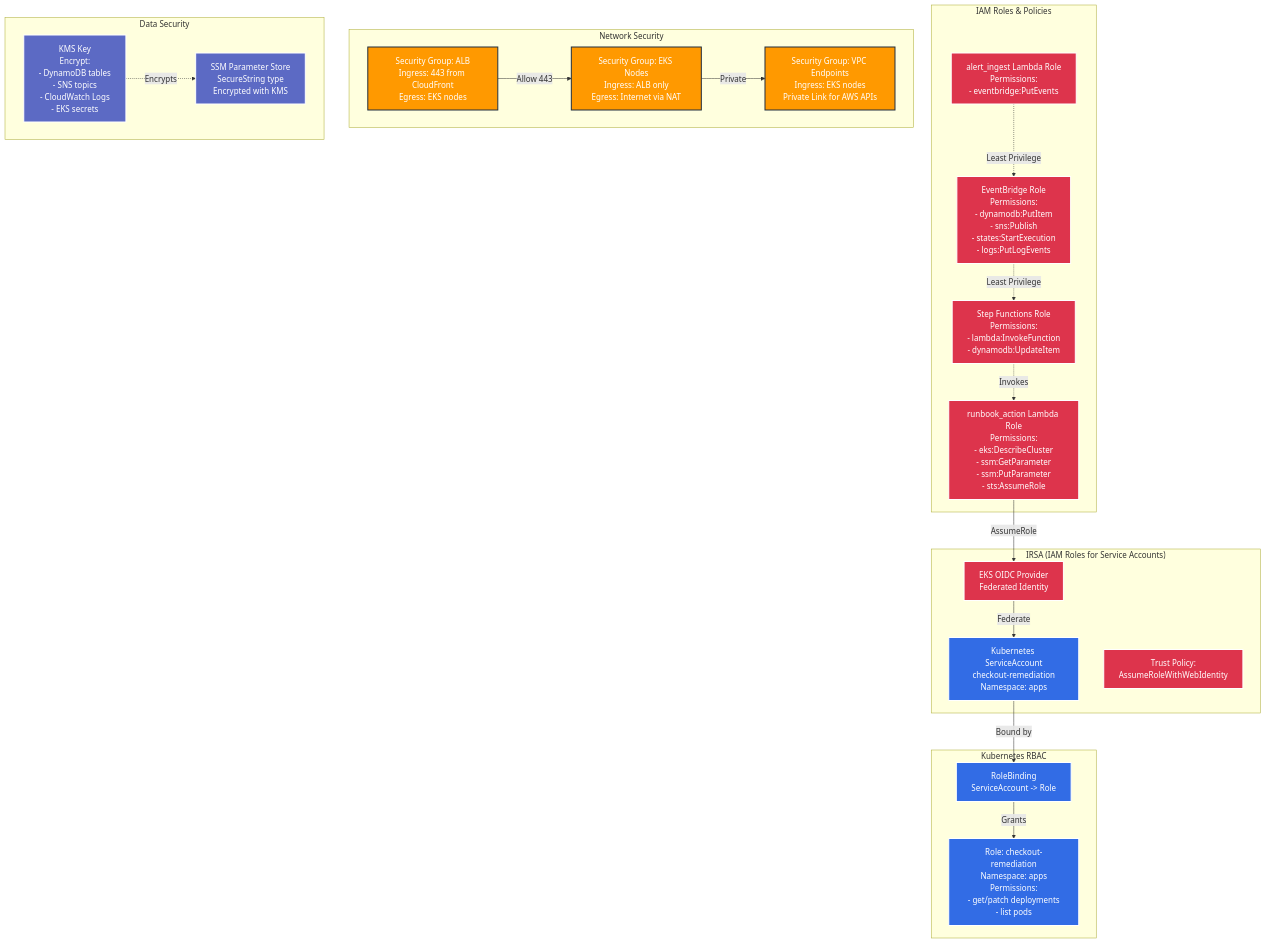
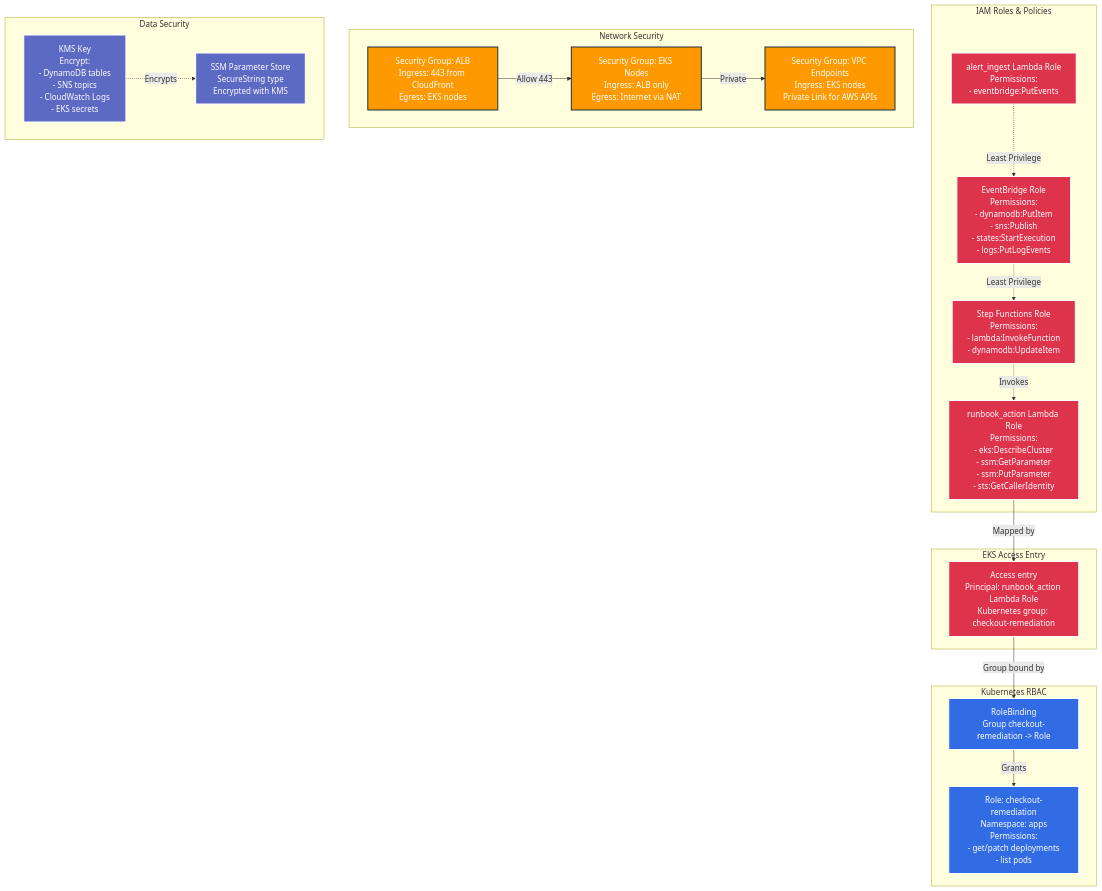
One commit to amrutp24/event-driven-sre-platform changed the fourth of 4 diagrams in docs/architecture/README.md. Above: the diagram before and after it, drawn with Mermaid. The commit also changed other lines of this file and 6 other files, not shown here.

Commit message:
Give the runbook Lambda access to the cluster (#10)

````diff
--- a/docs/architecture/README.md
+++ b/docs/architecture/README.md
@@ -255,55 +255,52 @@
 ```mermaid
 graph TB
     subgraph "IAM Roles & Policies"
         R1[alert_ingest Lambda Role<br/>Permissions:<br/>- eventbridge:PutEvents]
-        R2[runbook_action Lambda Role<br/>Permissions:<br/>- eks:DescribeCluster<br/>- ssm:GetParameter<br/>- ssm:PutParameter<br/>- sts:AssumeRole]
+        R2[runbook_action Lambda Role<br/>Permissions:<br/>- eks:DescribeCluster<br/>- ssm:GetParameter<br/>- ssm:PutParameter<br/>- sts:GetCallerIdentity]
         R3[EventBridge Role<br/>Permissions:<br/>- dynamodb:PutItem<br/>- sns:Publish<br/>- states:StartExecution<br/>- logs:PutLogEvents]
         R4[Step Functions Role<br/>Permissions:<br/>- lambda:InvokeFunction<br/>- dynamodb:UpdateItem]
     end
 
-    subgraph "IRSA (IAM Roles for Service Accounts)"
-        SA[Kubernetes ServiceAccount<br/>checkout-remediation<br/>Namespace: apps]
-        OIDC[EKS OIDC Provider<br/>Federated Identity]
-        Trust[Trust Policy:<br/>AssumeRoleWithWebIdentity]
+    subgraph "EKS Access Entry"
+        AE[Access entry<br/>Principal: runbook_action Lambda Role<br/>Kubernetes group: checkout-remediation]
     end
 
     subgraph "Kubernetes RBAC"
         Role[Role: checkout-remediation<br/>Namespace: apps<br/>Permissions:<br/>- get/patch deployments<br/>- list pods]
-        RB[RoleBinding<br/>ServiceAccount -> Role]
+        RB[RoleBinding<br/>Group checkout-remediation -> Role]
     end
 
     subgraph "Network Security"
         SG1[Security Group: EKS Nodes<br/>Ingress: ALB only<br/>Egress: Internet via NAT]
         SG2[Security Group: ALB<br/>Ingress: 443 from CloudFront<br/>Egress: EKS nodes]
         SG3[Security Group: VPC Endpoints<br/>Ingress: EKS nodes<br/>Private Link for AWS APIs]
     end
 
     subgraph "Data Security"
         KMS[KMS Key<br/>Encrypt:<br/>- DynamoDB tables<br/>- SNS topics<br/>- CloudWatch Logs<br/>- EKS secrets]
         SSM_Sec[SSM Parameter Store<br/>SecureString type<br/>Encrypted with KMS]
     end
 
-    R2 -->|AssumeRole| OIDC
-    OIDC -->|Federate| SA
-    SA -->|Bound by| RB
+    R2 -->|Mapped by| AE
+    AE -->|Group bound by| RB
     RB -->|Grants| Role
 
     R1 -.->|Least Privilege| R3
     R3 -.->|Least Privilege| R4
     R4 -.->|Invokes| R2
 
     SG2 -->|Allow 443| SG1
     SG1 -->|Private| SG3
 
     KMS -.->|Encrypts| SSM_Sec
 
     classDef iam fill:#DD344C,stroke:#fff,stroke-width:2px,color:#fff
     classDef k8s fill:#326CE5,stroke:#fff,stroke-width:2px,color:#fff
     classDef network fill:#FF9900,stroke:#232F3E,stroke-width:2px,color:#fff
     classDef encryption fill:#5C6AC4,stroke:#fff,stroke-width:2px,color:#fff
 
-    class R1,R2,R3,R4,OIDC,Trust iam
-    class SA,Role,RB k8s
+    class R1,R2,R3,R4,AE iam
+    class Role,RB k8s
     class SG1,SG2,SG3 network
     class KMS,SSM_Sec encryption
 ```
````
